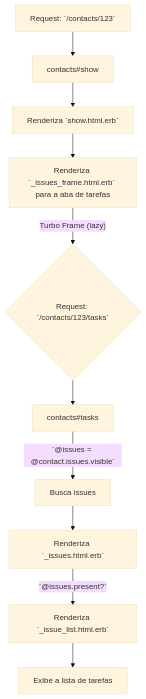
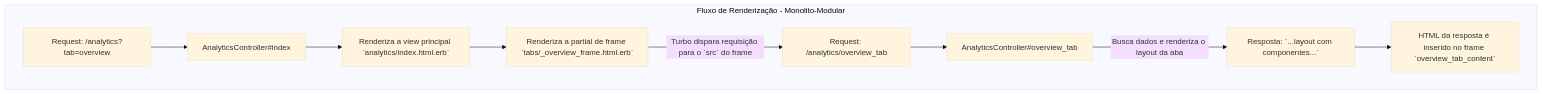
One commit to LAMP-LUCAS/foton_contacts changed the third of 3 diagrams in docs/views_architecture.md. Above: the diagram before and after it, drawn with Mermaid (base theme). The commit also changed other lines of this file and 81 other files, not shown here.

````diff
--- a/docs/views_architecture.md
+++ b/docs/views_architecture.md
@@ -111,12 +150,12 @@
 ```mermaid
 graph TD
-    A[Request: `/contacts/123`] --> B[contacts#show];
-    B --> C[Renderiza `show.html.erb`];
-    C --> D[Renderiza `_issues_frame.html.erb` para a aba de tarefas];
-    D -- Turbo Frame (lazy) --> E{Request: `/contacts/123/tasks`};
-    E --> F[contacts#tasks];
-    F -- `@issues = @contact.issues.visible` --> G[Busca issues];
-    G --> H[Renderiza `_issues.html.erb`];
-    H -- `@issues.present?` --> I[Renderiza `_issue_list.html.erb`];
-    I --> J[Exibe a lista de tarefas];
+    subgraph "Fluxo de Renderização - Monolito-Modular"
+        A[Request: /analytics?tab=overview] --> B[AnalyticsController#index];
+        B --> C[Renderiza a view principal `analytics/index.html.erb`];
+        C --> D[Renderiza a partial de frame `tabs/_overview_frame.html.erb`];
+        D -- Turbo dispara requisição para o `src` do frame --> E[Request: /analytics/overview_tab];
+        E --> F[AnalyticsController#overview_tab];
+        F -- Busca dados e renderiza o layout da aba --> G[Resposta: `<turbo_frame id="overview_tab_content">...layout com componentes...</turbo_frame>`];
+        G --> H[HTML da resposta é inserido no frame `overview_tab_content`];
+    end
 ```
````
